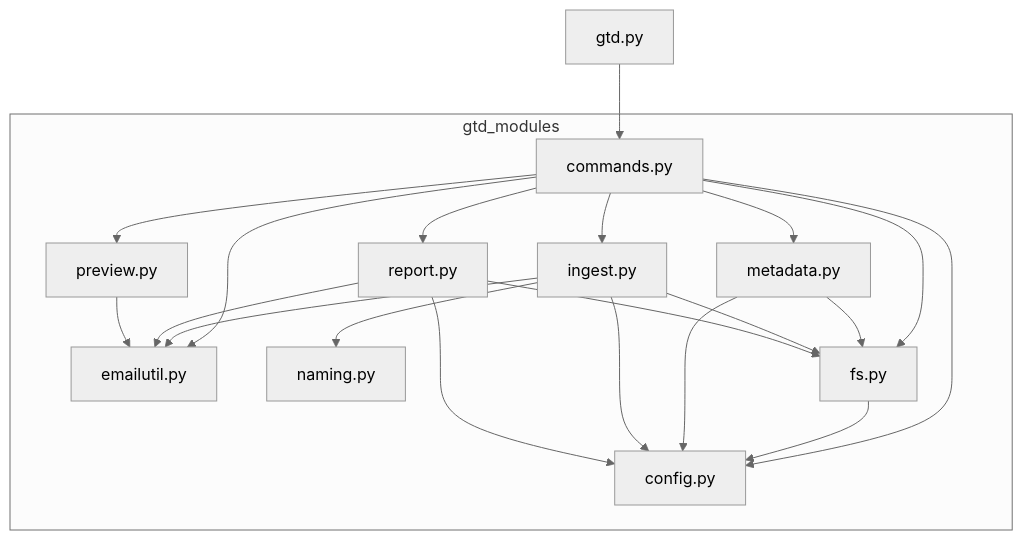
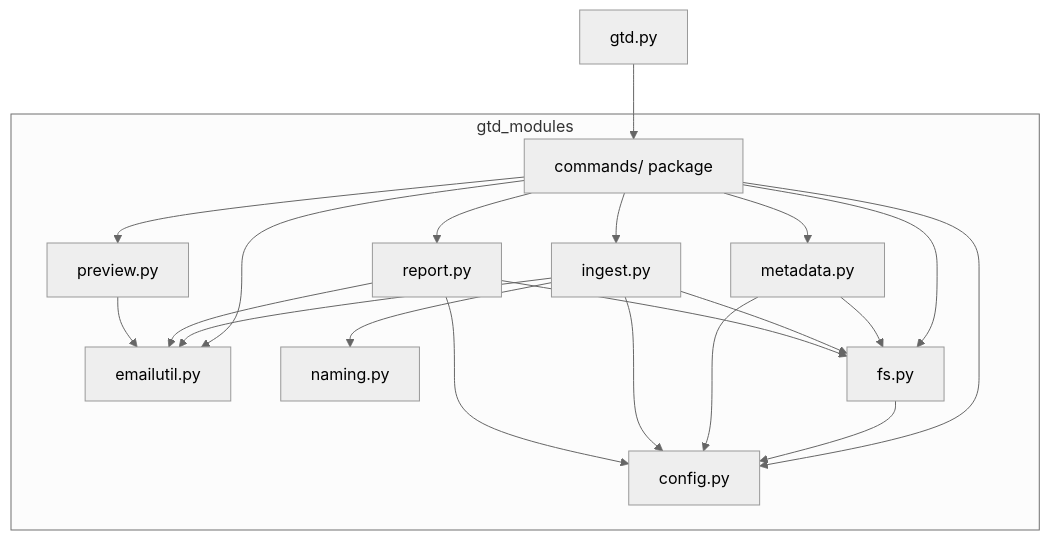
Before and after one commit to blairwang-online/qdvc-gtd-eml: the diagram in MAINTENANCE.md, drawn with Mermaid (neutral theme). The commit also changed other lines of this file and 13 other files, not shown here.

````diff
--- a/MAINTENANCE.md
+++ b/MAINTENANCE.md
@@ -104,43 +117,43 @@
 ```mermaid
 graph TD
     gtd[gtd.py]
 
     subgraph gtd_modules
-        commands[commands.py]
+        commands[commands/ package]
         config[config.py]
         emailutil[emailutil.py]
         naming[naming.py]
         fs[fs.py]
         metadata[metadata.py]
         ingest[ingest.py]
         report[report.py]
         preview[preview.py]
     end
 
     %% entry point dispatches into the command hub
     gtd --> commands
 
-    %% command hub pulls in every feature module
+    %% command modules pull in the feature modules they need
     commands --> config
     commands --> fs
     commands --> emailutil
     commands --> ingest
     commands --> metadata
     commands --> preview
     commands --> report
 
     %% internal package edges
     fs --> config
     metadata --> config
     metadata --> fs
     ingest --> config
     ingest --> emailutil
     ingest --> fs
     ingest --> naming
     report --> config
     report --> emailutil
     report --> fs
     preview --> emailutil
 
     %% leaf modules (no internal imports): config, emailutil, naming
 ```
````
